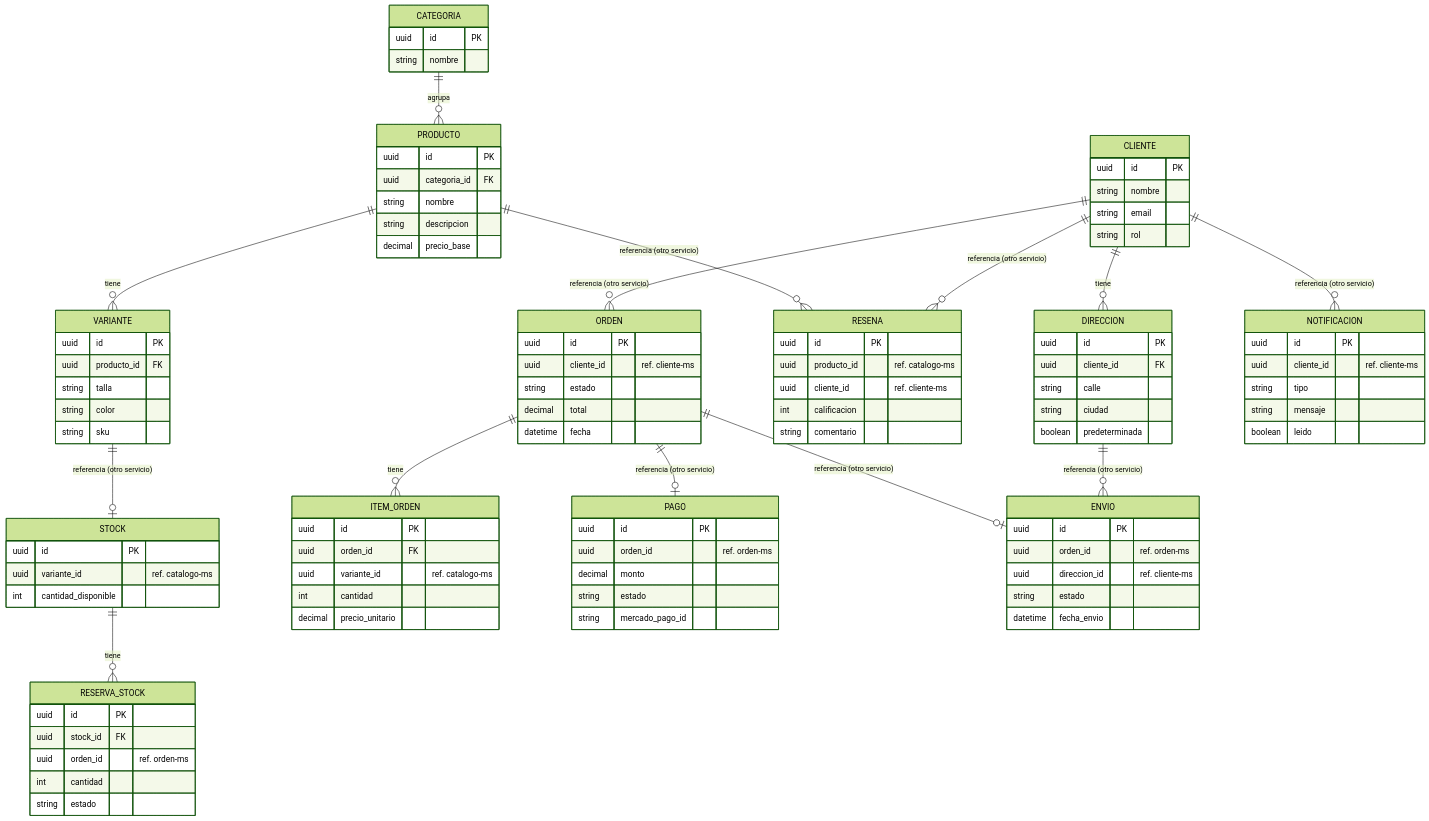
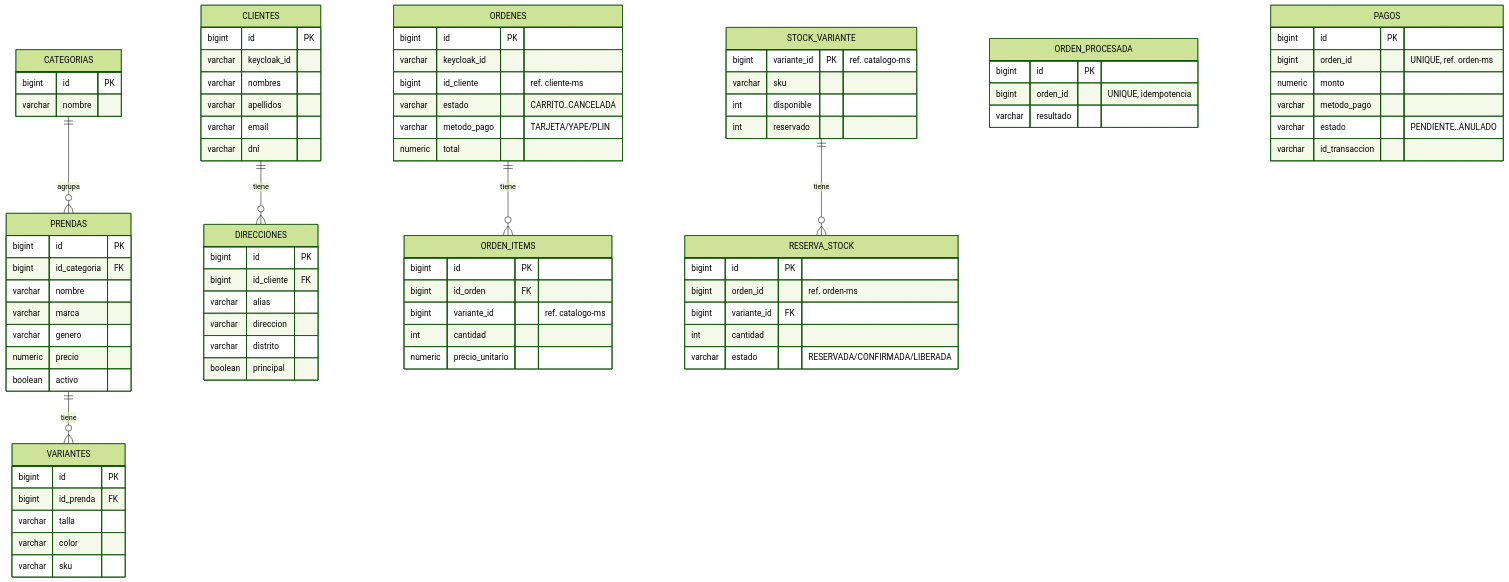
Before and after one commit to anghelo523/nextlook: the third of 4 diagrams in README.md, drawn with Mermaid (forest theme). The commit also changed other lines of this file, not shown here.

Commit message:
docs: actualiza README principal con el avance de la Unidad II

````diff
--- a/README.md
+++ b/README.md
@@ -151,108 +245,89 @@
 ```mermaid
 erDiagram
-    CLIENTE ||--o{ DIRECCION : tiene
-    CLIENTE {
-        uuid id PK
-        string nombre
-        string email
-        string rol
+    CATEGORIAS ||--o{ PRENDAS : agrupa
+    PRENDAS ||--o{ VARIANTES : tiene
+    CATEGORIAS {
+        bigint id PK
+        varchar nombre
     }
-    DIRECCION {
-        uuid id PK
-        uuid cliente_id FK
-        string calle
-        string ciudad
-        boolean predeterminada
+    PRENDAS {
+        bigint id PK
+        bigint id_categoria FK
+        varchar nombre
+        varchar marca
+        varchar genero
+        numeric precio
+        boolean activo
+    }
+    VARIANTES {
+        bigint id PK
+        bigint id_prenda FK
+        varchar talla
+        varchar color
+        varchar sku
     }
 
-    CATEGORIA ||--o{ PRODUCTO : agrupa
-    PRODUCTO ||--o{ VARIANTE : tiene
-    CATEGORIA {
-        uuid id PK
-        string nombre
+    CLIENTES ||--o{ DIRECCIONES : tiene
+    CLIENTES {
+        bigint id PK
+        varchar keycloak_id
+        varchar nombres
+        varchar apellidos
+        varchar email
+        varchar dni
     }
-    PRODUCTO {
-        uuid id PK
-        uuid categoria_id FK
-        string nombre
-        string descripcion
-        decimal precio_base
-    }
-    VARIANTE {
-        uuid id PK
-        uuid producto_id FK
-        string talla
-        string color
-        string sku
+    DIRECCIONES {
+        bigint id PK
+        bigint id_cliente FK
+        varchar alias
+        varchar direccion
+        varchar distrito
+        boolean principal
     }
 
-    VARIANTE ||--o| STOCK : "referencia (otro servicio)"
-    STOCK ||--o{ RESERVA_STOCK : tiene
-    STOCK {
-        uuid id PK
-        uuid variante_id "ref. catalogo-ms"
-        int cantidad_disponible
+    ORDENES ||--o{ ORDEN_ITEMS : tiene
+    ORDENES {
+        bigint id PK
+        varchar keycloak_id
+        bigint id_cliente "ref. cliente-ms"
+        varchar estado "CARRITO..CANCELADA"
+        varchar metodo_pago "TARJETA/YAPE/PLIN"
+        numeric total
+    }
+    ORDEN_ITEMS {
+        bigint id PK
+        bigint id_orden FK
+        bigint variante_id "ref. catalogo-ms"
+        int cantidad
+        numeric precio_unitario
+    }
+
+    STOCK_VARIANTE ||--o{ RESERVA_STOCK : tiene
+    STOCK_VARIANTE {
+        bigint variante_id PK "ref. catalogo-ms"
+        varchar sku
+        int disponible
+        int reservado
     }
     RESERVA_STOCK {
-        uuid id PK
-        uuid stock_id FK
-        uuid orden_id "ref. orden-ms"
+        bigint id PK
+        bigint orden_id "ref. orden-ms"
+        bigint variante_id FK
         int cantidad
-        string estado
+        varchar estado "RESERVADA/CONFIRMADA/LIBERADA"
+    }
+    ORDEN_PROCESADA {
+        bigint id PK
+        bigint orden_id "UNIQUE, idempotencia"
+        varchar resultado
     }
 
-    PRODUCTO ||--o{ RESENA : "referencia (otro servicio)"
-    CLIENTE ||--o{ RESENA : "referencia (otro servicio)"
-    RESENA {
-        uuid id PK
-        uuid producto_id "ref. catalogo-ms"
-        uuid cliente_id "ref. cliente-ms"
-        int calificacion
-        string comentario
-    }
-
-    CLIENTE ||--o{ ORDEN : "referencia (otro servicio)"
-    ORDEN ||--o{ ITEM_ORDEN : tiene
-    ORDEN {
-        uuid id PK
-        uuid cliente_id "ref. cliente-ms"
-        string estado
-        decimal total
-        datetime fecha
-    }
-    ITEM_ORDEN {
-        uuid id PK
-        uuid orden_id FK
-        uuid variante_id "ref. catalogo-ms"
-        int cantidad
-        decimal precio_unitario
-    }
-
-    ORDEN ||--o| PAGO : "referencia (otro servicio)"
-    PAGO {
-        uuid id PK
-        uuid orden_id "ref. orden-ms"
-        decimal monto
-        string estado
-        string mercado_pago_id
-    }
-
-    ORDEN ||--o| ENVIO : "referencia (otro servicio)"
-    DIRECCION ||--o{ ENVIO : "referencia (otro servicio)"
-    ENVIO {
-        uuid id PK
-        uuid orden_id "ref. orden-ms"
-        uuid direccion_id "ref. cliente-ms"
-        string estado
-        datetime fecha_envio
-    }
-
-    CLIENTE ||--o{ NOTIFICACION : "referencia (otro servicio)"
-    NOTIFICACION {
-        uuid id PK
-        uuid cliente_id "ref. cliente-ms"
-        string tipo
-        string mensaje
-        boolean leido
+    PAGOS {
+        bigint id PK
+        bigint orden_id "UNIQUE, ref. orden-ms"
+        numeric monto
+        varchar metodo_pago
+        varchar estado "PENDIENTE..ANULADO"
+        varchar id_transaccion
     }
 ```
````
